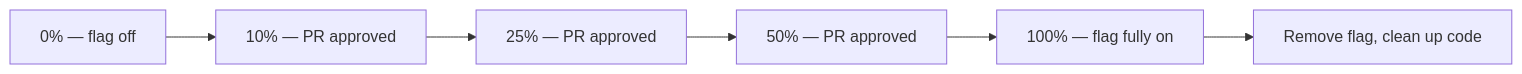
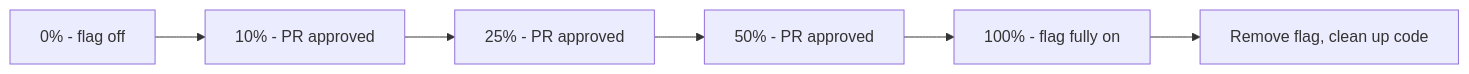
One commit to OneUptime/blog changed the diagram in posts/2026-03-13-gitops-feature-flag-deployment-flux/README.md. Above: the diagram before and after it, drawn with Mermaid. The commit also changed other lines of this file and 4409 other files, not shown here.

````diff
--- a/posts/2026-03-13-gitops-feature-flag-deployment-flux/README.md
+++ b/posts/2026-03-13-gitops-feature-flag-deployment-flux/README.md
@@ -176,8 +176,8 @@
 ```mermaid
 flowchart LR
-    A[0% — flag off] --> B[10% — PR approved]
-    B --> C[25% — PR approved]
-    C --> D[50% — PR approved]
-    D --> E[100% — flag fully on]
+    A[0% - flag off] --> B[10% - PR approved]
+    B --> C[25% - PR approved]
+    C --> D[50% - PR approved]
+    D --> E[100% - flag fully on]
     E --> F[Remove flag, clean up code]
 ```
````
